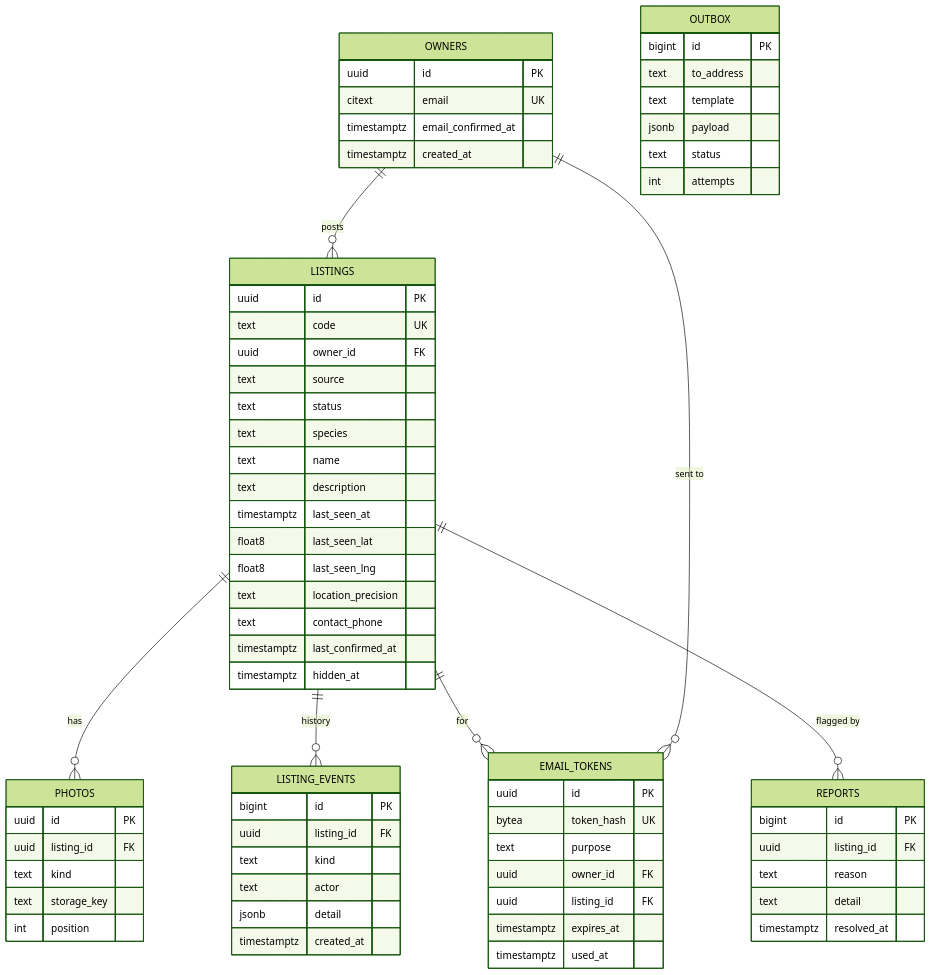
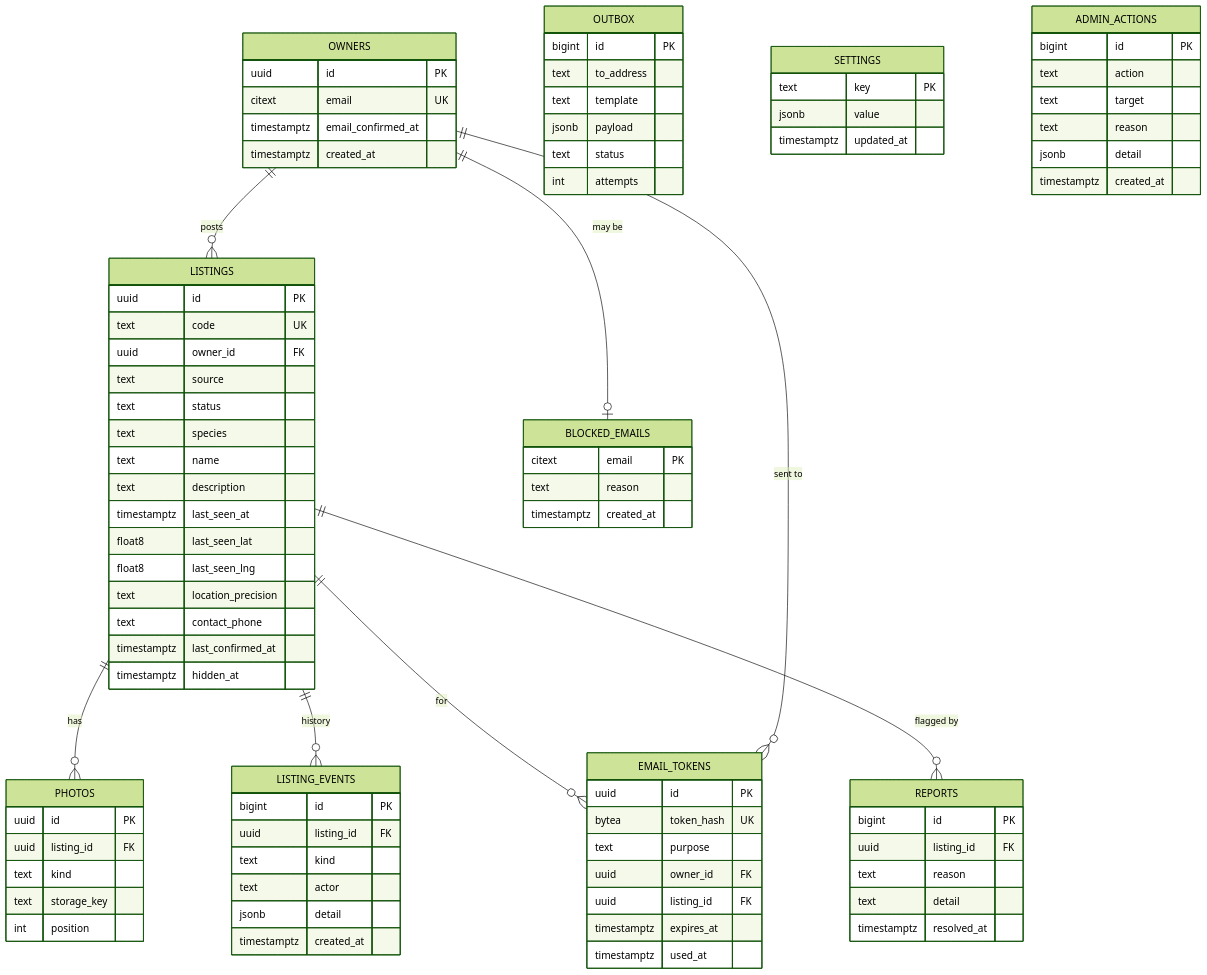
Before and after one commit to MoAbboud/PortFolio: the first of 2 diagrams in roamer/requirements/04-data-model.md, drawn with Mermaid (forest theme). The commit also changed other lines of this file and 6 other files, not shown here.

````diff
--- a/roamer/requirements/04-data-model.md
+++ b/roamer/requirements/04-data-model.md
@@ -11,6 +11,7 @@
     LISTINGS ||--o{ EMAIL_TOKENS : "for"
     OWNERS ||--o{ EMAIL_TOKENS : "sent to"
     LISTINGS ||--o{ REPORTS : "flagged by"
+    OWNERS ||--o| BLOCKED_EMAILS : "may be"
 
     OWNERS {
         uuid id PK
@@ -74,4 +75,22 @@
         text detail
         timestamptz resolved_at
     }
+    BLOCKED_EMAILS {
+        citext email PK
+        text reason
+        timestamptz created_at
+    }
+    SETTINGS {
+        text key PK
+        jsonb value
+        timestamptz updated_at
+    }
+    ADMIN_ACTIONS {
+        bigint id PK
+        text action
+        text target
+        text reason
+        jsonb detail
+        timestamptz created_at
+    }
 ```
````
